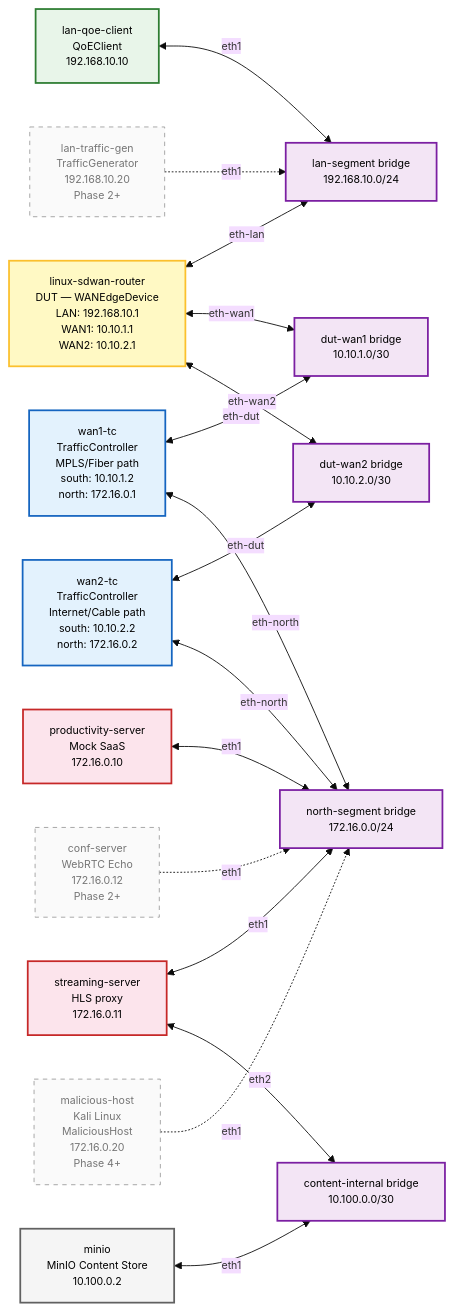
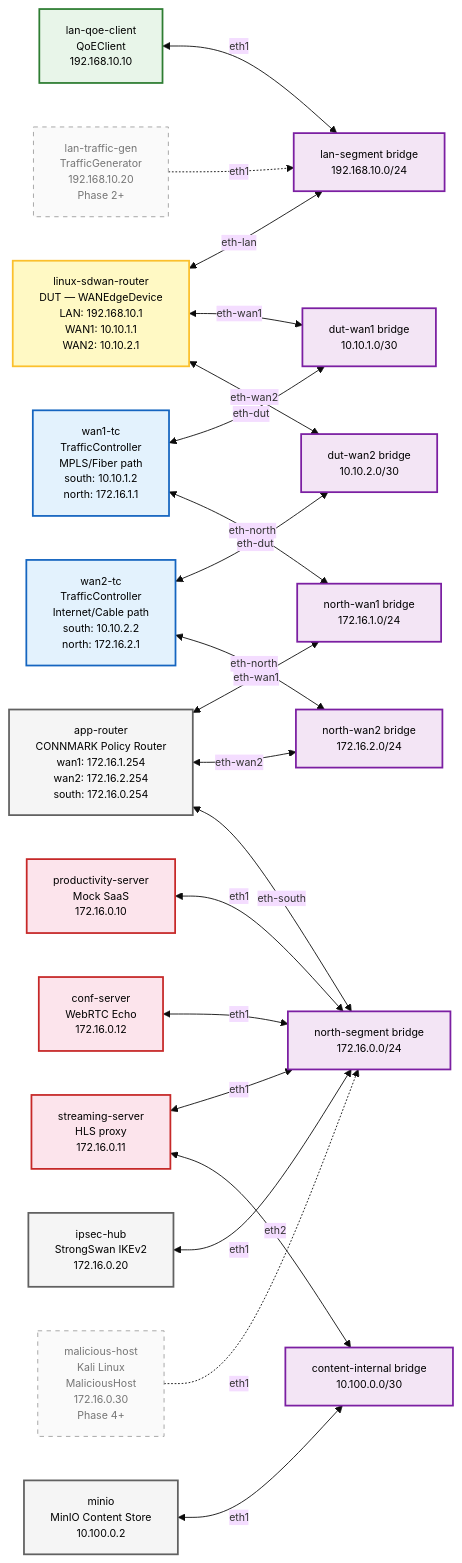
The second of 2 diagrams in docs/SDWAN_Testbed_Configuration.md (alottabits/boardfarm-bdd), drawn with Mermaid before and after one commit. The commit also changed other lines of this file and 149 other files, not shown here.

````diff
--- a/docs/SDWAN_Testbed_Configuration.md
+++ b/docs/SDWAN_Testbed_Configuration.md
@@ -122,6 +128,8 @@
     BR_LAN[lan-segment bridge<br/>192.168.10.0/24]
     BR_WAN1[dut-wan1 bridge<br/>10.10.1.0/30]
     BR_WAN2[dut-wan2 bridge<br/>10.10.2.0/30]
+    BR_NWAN1[north-wan1 bridge<br/>172.16.1.0/24]
+    BR_NWAN2[north-wan2 bridge<br/>172.16.2.0/24]
     BR_NORTH[north-segment bridge<br/>172.16.0.0/24]
     BR_CONTENT[content-internal bridge<br/>10.100.0.0/30]
 
@@ -129,14 +137,18 @@
     DUT[linux-sdwan-router<br/>DUT — WANEdgeDevice<br/>LAN: 192.168.10.1<br/>WAN1: 10.10.1.1<br/>WAN2: 10.10.2.1]
 
     %% --- TRAFFIC CONTROLLERS ---
-    TC1[wan1-tc<br/>TrafficController<br/>MPLS/Fiber path<br/>south: 10.10.1.2<br/>north: 172.16.0.1]
-    TC2[wan2-tc<br/>TrafficController<br/>Internet/Cable path<br/>south: 10.10.2.2<br/>north: 172.16.0.2]
+    TC1[wan1-tc<br/>TrafficController<br/>MPLS/Fiber path<br/>south: 10.10.1.2<br/>north: 172.16.1.1]
+    TC2[wan2-tc<br/>TrafficController<br/>Internet/Cable path<br/>south: 10.10.2.2<br/>north: 172.16.2.1]
+
+    %% --- APP-ROUTER ---
+    APPROUTER[app-router<br/>CONNMARK Policy Router<br/>wan1: 172.16.1.254<br/>wan2: 172.16.2.254<br/>south: 172.16.0.254]
 
     %% --- NORTH SIDE SERVICES ---
     PROD[productivity-server<br/>Mock SaaS<br/>172.16.0.10]
     STREAM[streaming-server<br/>HLS proxy<br/>172.16.0.11]
-    CONF[conf-server<br/>WebRTC Echo<br/>172.16.0.12<br/>Phase 2+]
-    MAL[malicious-host<br/>Kali Linux<br/>MaliciousHost<br/>172.16.0.20<br/>Phase 4+]
+    CONF[conf-server<br/>WebRTC Echo<br/>172.16.0.12]
+    IPSEC[ipsec-hub<br/>StrongSwan IKEv2<br/>172.16.0.20]
+    MAL[malicious-host<br/>Kali Linux<br/>MaliciousHost<br/>172.16.0.30<br/>Phase 4+]
 
     %% --- CONTENT ORIGIN ---
     MINIO[minio<br/>MinIO Content Store<br/>10.100.0.2]
@@ -153,14 +165,20 @@
     DUT <-->|eth-wan2| BR_WAN2
     TC2 <-->|eth-dut| BR_WAN2
 
-    %% --- TC-to-NORTH CONNECTIONS ---
-    TC1 <-->|eth-north| BR_NORTH
-    TC2 <-->|eth-north| BR_NORTH
+    %% --- TC-to-NORTH-WAN CONNECTIONS ---
+    TC1 <-->|eth-north| BR_NWAN1
+    TC2 <-->|eth-north| BR_NWAN2
+
+    %% --- APP-ROUTER CONNECTIONS ---
+    APPROUTER <-->|eth-wan1| BR_NWAN1
+    APPROUTER <-->|eth-wan2| BR_NWAN2
+    APPROUTER <-->|eth-south| BR_NORTH
 
     %% --- NORTH-SIDE CONNECTIONS ---
     PROD <-->|eth1| BR_NORTH
     STREAM <-->|eth1| BR_NORTH
-    CONF -. eth1 .-> BR_NORTH
+    CONF <-->|eth1| BR_NORTH
+    IPSEC <-->|eth1| BR_NORTH
     MAL -. eth1 .-> BR_NORTH
 
     %% --- CONTENT-INTERNAL CONNECTIONS ---
@@ -181,7 +199,10 @@
     class LAN_CLIENT client
     class LAN_GEN planned
     class PROD,STREAM north
-    class CONF,MAL planned
-    class BR_LAN,BR_WAN1,BR_WAN2,BR_NORTH,BR_CONTENT bridge
+    class CONF north
+    class IPSEC infra
+    class MAL planned
+    class APPROUTER infra
+    class BR_LAN,BR_WAN1,BR_WAN2,BR_NWAN1,BR_NWAN2,BR_NORTH,BR_CONTENT bridge
     class MINIO infra
 ```
````
